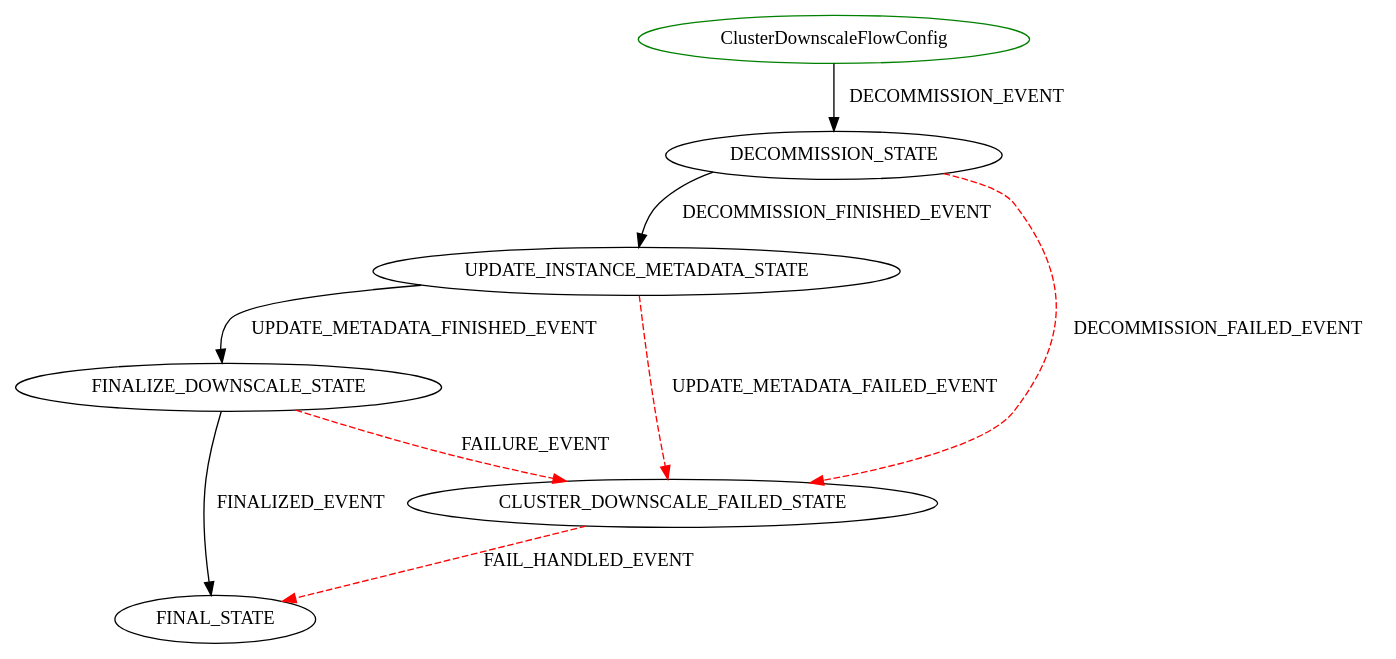
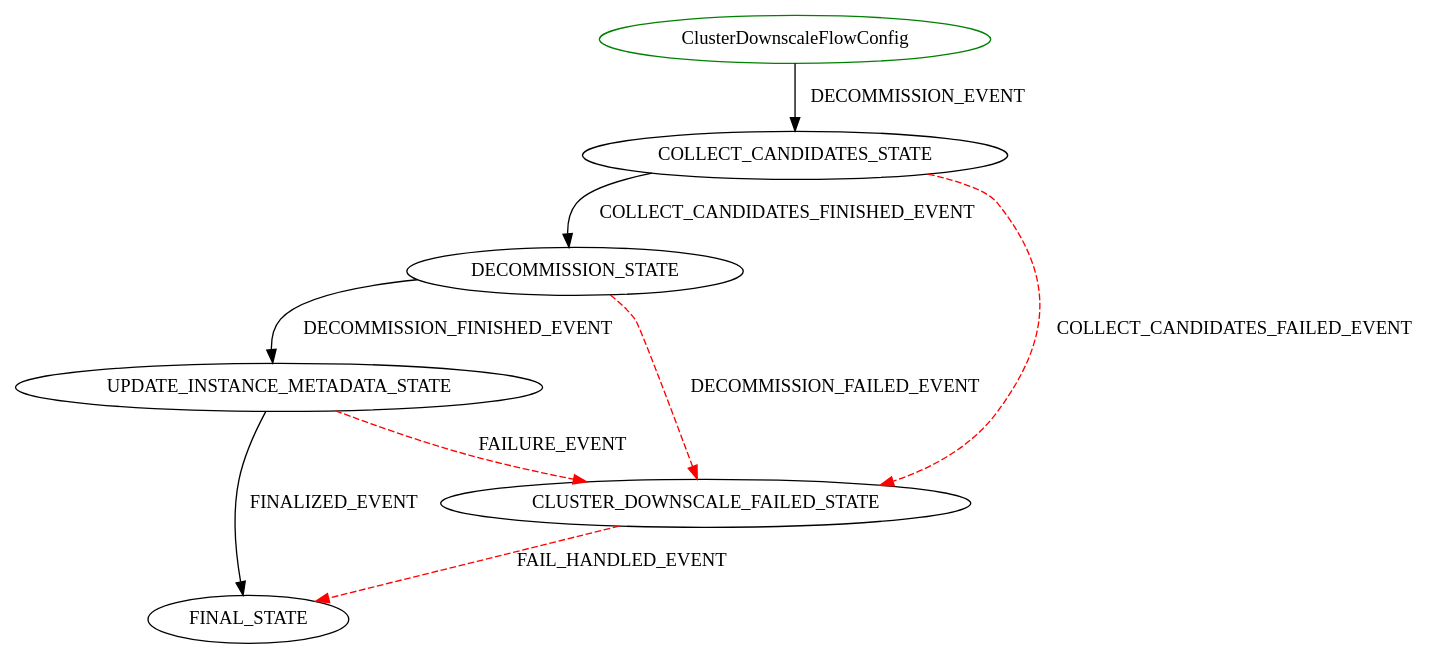
Before and after one commit to sequenceiq/cloudbreak-docs: the diagram in docs/diagrams/ClusterDownscaleFlowConfig.dot, drawn with Graphviz. The commit also changed 7 other files, not shown here.

Commit message:
Upgrade flow graphs

```diff
--- a/docs/diagrams/ClusterDownscaleFlowConfig.dot
+++ b/docs/diagrams/ClusterDownscaleFlowConfig.dot
@@ -1,11 +1,11 @@
 digraph {
 INIT_STATE [label="ClusterDownscaleFlowConfig" shape=ellipse color=green];
-INIT_STATE -> DECOMMISSION_STATE [label="DECOMMISSION_EVENT" color=black style=solid];
+INIT_STATE -> COLLECT_CANDIDATES_STATE [label="DECOMMISSION_EVENT" color=black style=solid];
+COLLECT_CANDIDATES_STATE -> DECOMMISSION_STATE [label="COLLECT_CANDIDATES_FINISHED_EVENT" color=black style=solid];
+COLLECT_CANDIDATES_STATE -> CLUSTER_DOWNSCALE_FAILED_STATE [label="COLLECT_CANDIDATES_FAILED_EVENT" color=red style=dashed];
+CLUSTER_DOWNSCALE_FAILED_STATE -> FINAL_STATE [label="FAIL_HANDLED_EVENT" color=red style=dashed];
 DECOMMISSION_STATE -> UPDATE_INSTANCE_METADATA_STATE [label="DECOMMISSION_FINISHED_EVENT" color=black style=solid];
 DECOMMISSION_STATE -> CLUSTER_DOWNSCALE_FAILED_STATE [label="DECOMMISSION_FAILED_EVENT" color=red style=dashed];
-CLUSTER_DOWNSCALE_FAILED_STATE -> FINAL_STATE [label="FAIL_HANDLED_EVENT" color=red style=dashed];
-UPDATE_INSTANCE_METADATA_STATE -> FINALIZE_DOWNSCALE_STATE [label="UPDATE_METADATA_FINISHED_EVENT" color=black style=solid];
-UPDATE_INSTANCE_METADATA_STATE -> CLUSTER_DOWNSCALE_FAILED_STATE [label="UPDATE_METADATA_FAILED_EVENT" color=red style=dashed];
-FINALIZE_DOWNSCALE_STATE -> FINAL_STATE [label="FINALIZED_EVENT" color=black style=solid];
-FINALIZE_DOWNSCALE_STATE -> CLUSTER_DOWNSCALE_FAILED_STATE [label="FAILURE_EVENT" color=red style=dashed];
+UPDATE_INSTANCE_METADATA_STATE -> FINAL_STATE [label="FINALIZED_EVENT" color=black style=solid];
+UPDATE_INSTANCE_METADATA_STATE -> CLUSTER_DOWNSCALE_FAILED_STATE [label="FAILURE_EVENT" color=red style=dashed];
 }
```
